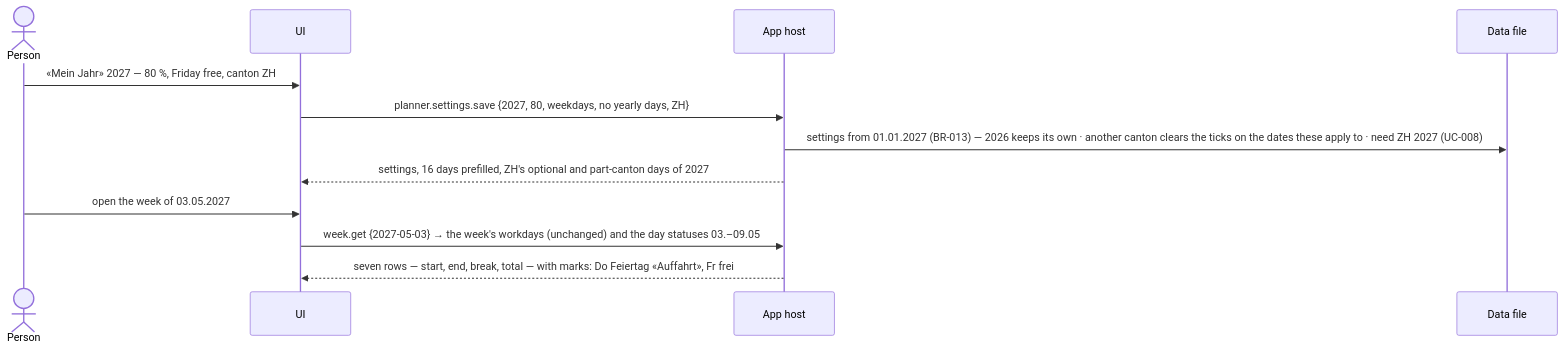
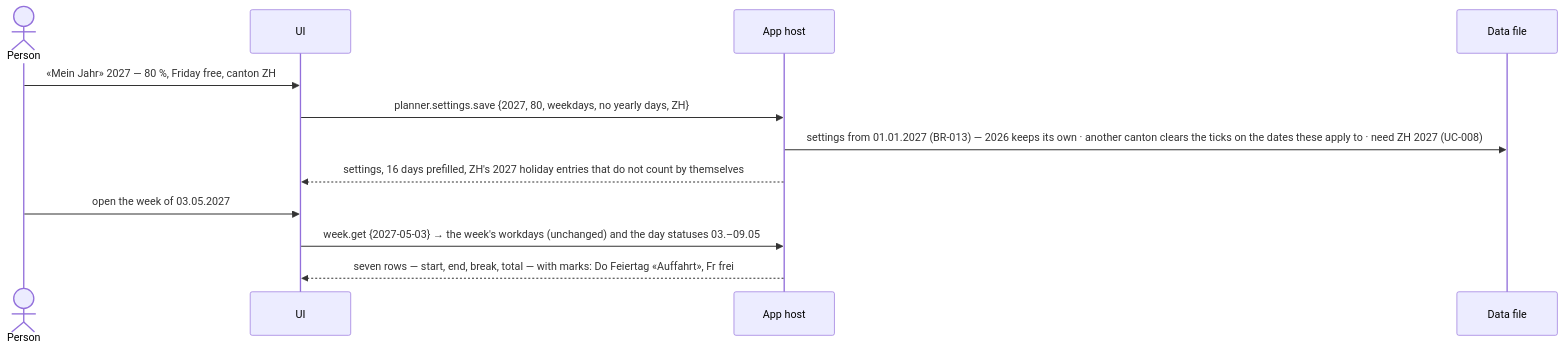
Before and after one commit to Valem/work-time-tracker: the sixth of 6 diagrams in docs/features/002-holiday-planner/concept.md, drawn with Mermaid. The commit also changed other lines of this file and 1 other file, not shown here.

First line of the commit message:
docs: 002 concept v1.1.1 — ticks per entry, a click ticks any holiday not counting by itself, a free weekday's public holiday shows as such; §3 and §5 synced with the code (BR-013, BR-014, BR-015, BR-019, BR-020, ADR-008, D-020…D-023, CR-001, CR-002, CR-003, owner)

````diff
--- a/docs/features/002-holiday-planner/concept.md
+++ b/docs/features/002-holiday-planner/concept.md
@@ -218,14 +218,14 @@
 ```mermaid
 sequenceDiagram
   actor P as Person
   participant U as UI
   participant H as App host
   participant D as Data file
   P->>U: «Mein Jahr» 2027 — 80 %, Friday free, canton ZH
   U->>H: planner.settings.save {2027, 80, weekdays, no yearly days, ZH}
   H->>D: settings from 01.01.2027 (BR-013) — 2026 keeps its own · another canton clears the ticks on the dates these apply to · need ZH 2027 (UC-008)
-  H-->>U: settings, 16 days prefilled, ZH's optional and part-canton days of 2027
+  H-->>U: settings, 16 days prefilled, ZH's 2027 holiday entries that do not count by themselves
   P->>U: open the week of 03.05.2027
   U->>H: week.get {2027-05-03} → the week's workdays (unchanged) and the day statuses 03.–09.05
   H-->>U: seven rows — start, end, break, total — with marks: Do Feiertag «Auffahrt», Fr frei
 ```
````
